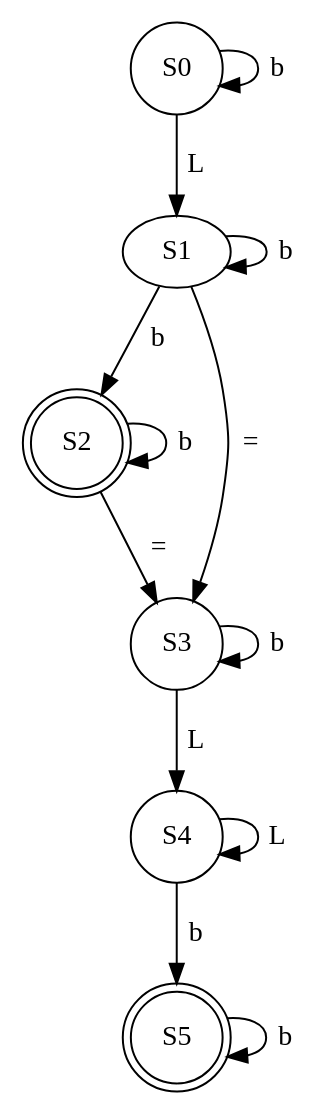
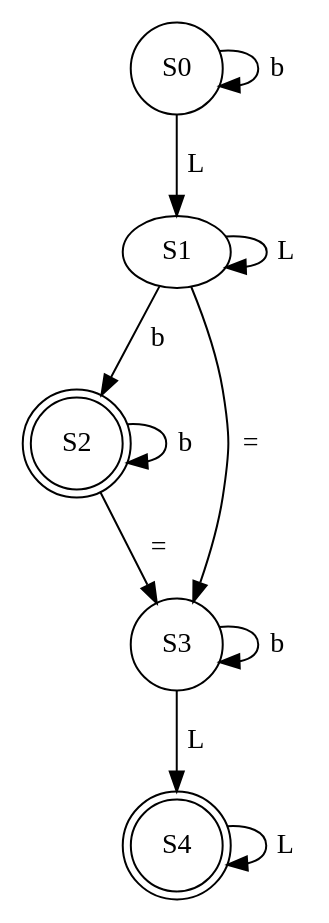
The diagram in dfa-graphs/DFA.gv (damianpeaf/LFP_Proyecto1_202110568-), drawn with Graphviz before and after one commit. The commit also changed 9 other files, not shown here.

```diff
--- a/dfa-graphs/DFA.gv
+++ b/dfa-graphs/DFA.gv
@@ -1,20 +1,17 @@
 // DFA :)
 digraph DFA {
 	S0 [label=S0 shape=circle]
 	S2 [label=S2 shape=doublecircle]
 	S3 [label=S3 shape=circle]
-	S4 [label=S4 shape=circle]
-	S5 [label=S5 shape=doublecircle]
+	S4 [label=S4 shape=doublecircle]
 	S0 -> S0 [label=" b "]
 	S0 -> S1 [label=" L "]
-	S1 -> S1 [label=" b "]
+	S1 -> S1 [label=" L "]
 	S1 -> S2 [label=" b "]
 	S2 -> S2 [label=" b "]
 	S1 -> S3 [label=" = "]
 	S2 -> S3 [label=" = "]
 	S3 -> S3 [label=" b "]
 	S3 -> S4 [label=" L "]
 	S4 -> S4 [label=" L "]
-	S4 -> S5 [label=" b "]
-	S5 -> S5 [label=" b "]
 }
```
